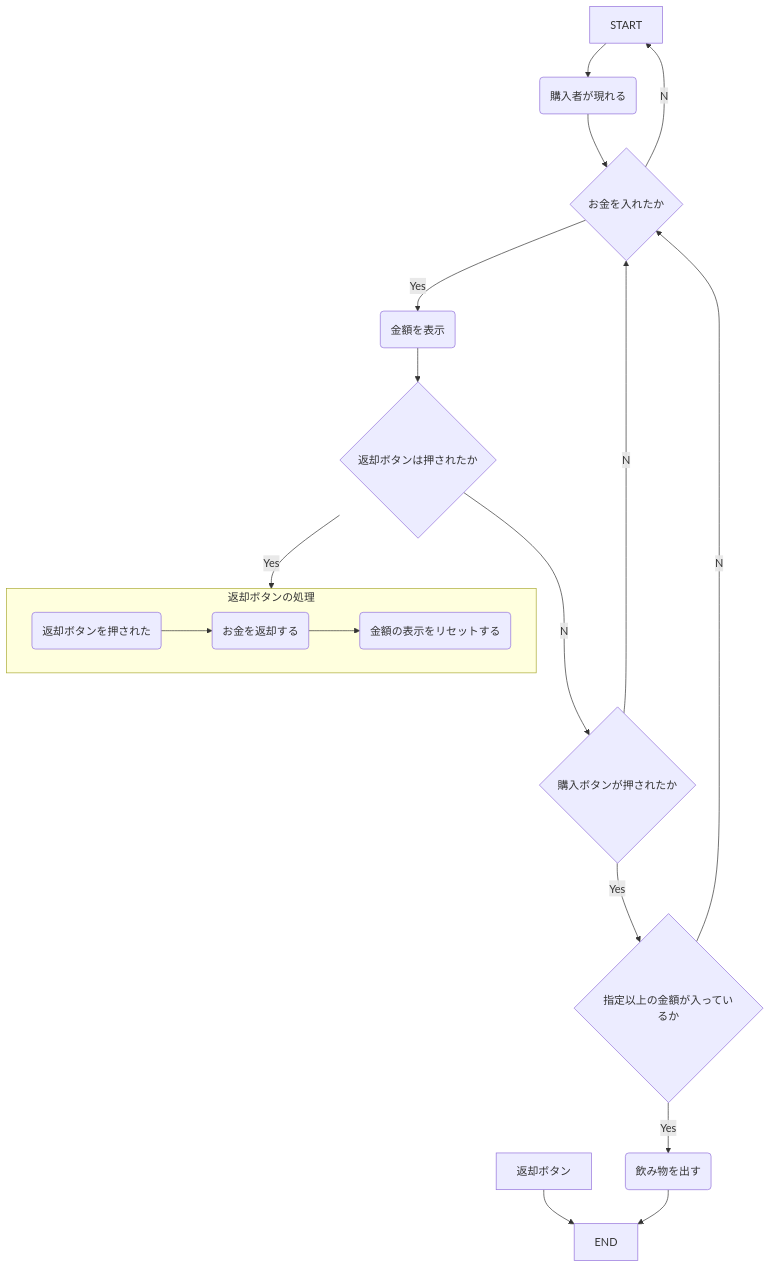
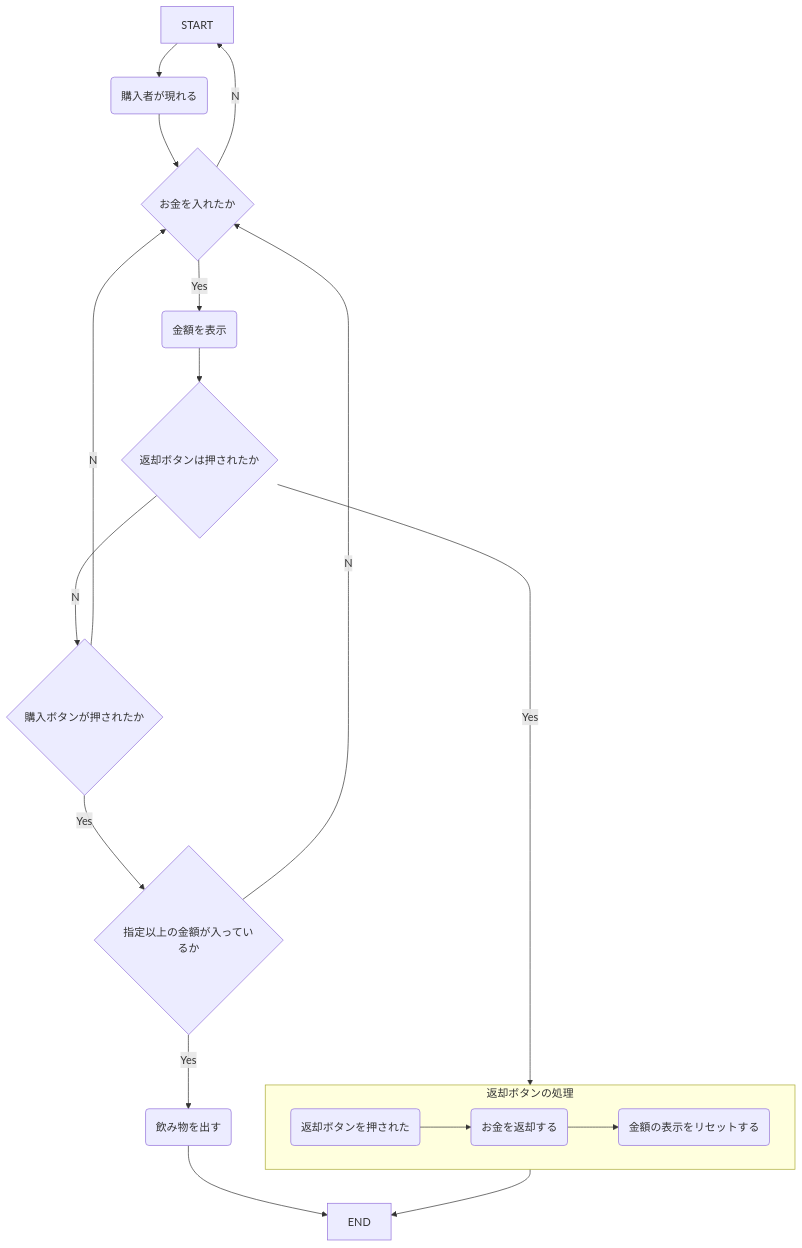
One commit to tpu-game-2022/mermaid_test changed the diagram in README.md. Above: the diagram before and after it, drawn with Mermaid.

Commit message:
フローチャートを変更した

````diff
--- a/README.md
+++ b/README.md
@@ -20,20 +20,20 @@
 ```mermaid
 flowchart TB
   START-->A(購入者が現れる)
   A(購入者が現れる)-->B{お金を入れたか}
   B--Yes-->C(金額を表示)
   B--No-->START
   C-->D{返却ボタンは押されたか}
   D--Yes-->返却ボタンの処理
   D--No-->E{購入ボタンが押されたか}
     subgraph 返却ボタンの処理
     direction LR
       D1(返却ボタンを押された)-->D2(お金を返却する)-->D3(金額の表示をリセットする)
     end
-  返却ボタン-->END
+  返却ボタンの処理-->END
   E{購入ボタンが押されたか}--Yes-->F{指定以上の金額が入っているか}
   E--No-->B
   F--Yes-->G(飲み物を出す)
   F--No-->B
   G-->END
 ```
````
